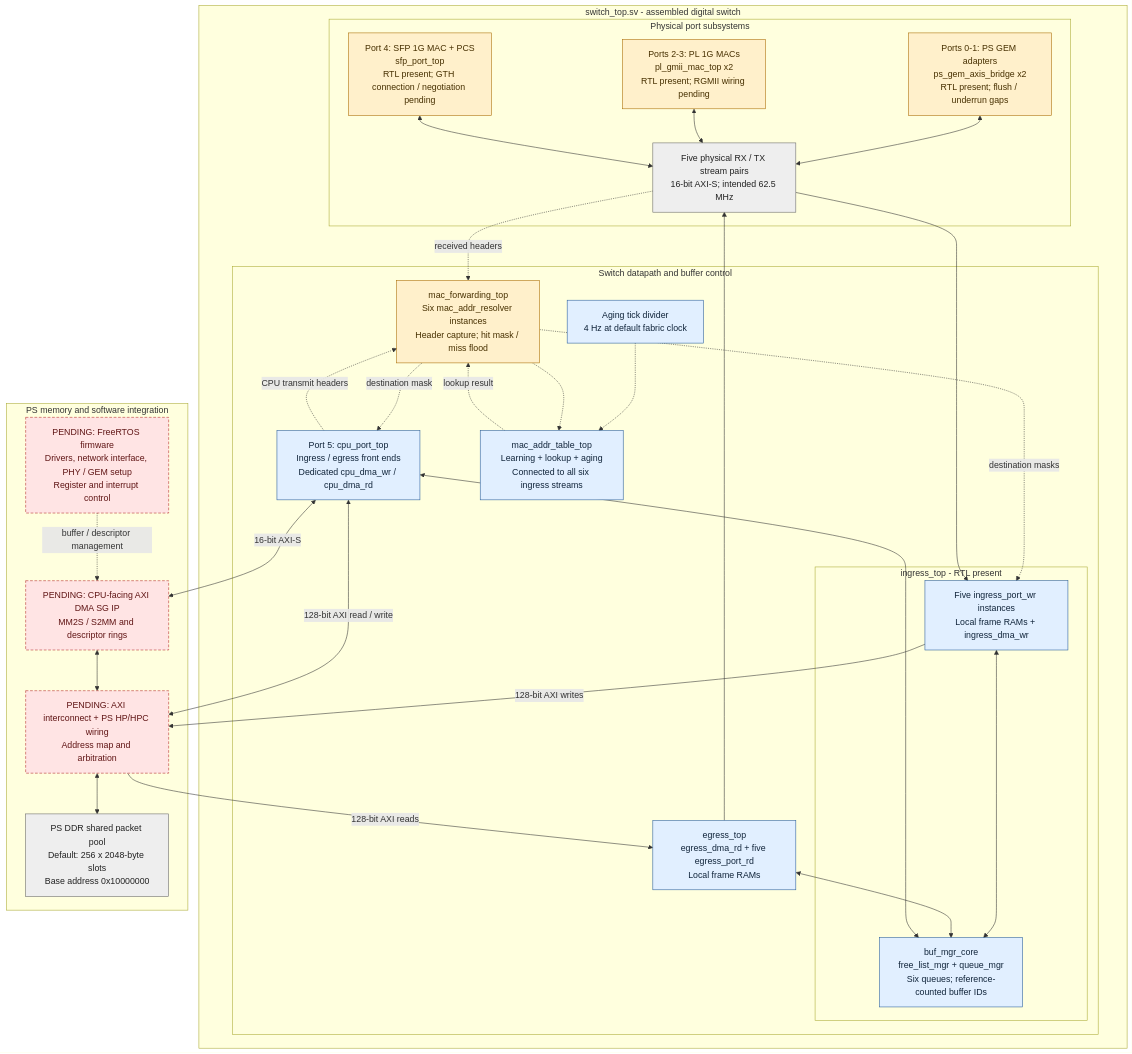
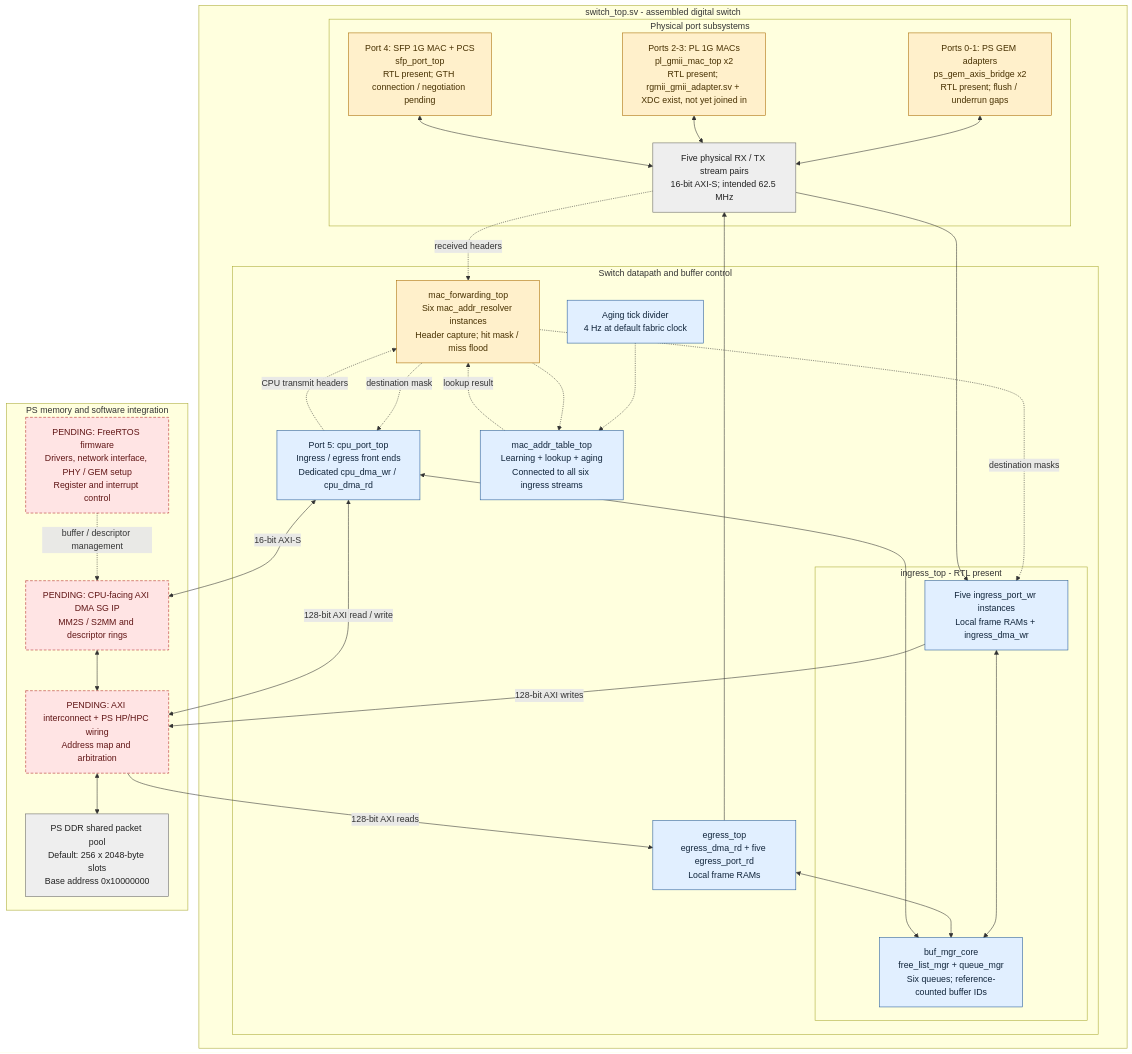
Before and after one commit to GhlHub/open_ethernet_switch: the first of 2 diagrams in docs/architecture.md, drawn with Mermaid. The commit also changed other lines of this file and 15 other files, not shown here.

````diff
--- a/docs/architecture.md
+++ b/docs/architecture.md
@@ -21,63 +21,63 @@
 ```mermaid
 flowchart TB
     subgraph assembled[switch_top.sv - assembled digital switch]
     subgraph ports[Physical port subsystems]
         PS["Ports 0-1: PS GEM adapters<br/>ps_gem_axis_bridge x2<br/>RTL present; flush / underrun gaps"]
-        PL["Ports 2-3: PL 1G MACs<br/>pl_gmii_mac_top x2<br/>RTL present; RGMII wiring pending"]
+        PL["Ports 2-3: PL 1G MACs<br/>pl_gmii_mac_top x2<br/>RTL present; rgmii_gmii_adapter.sv + XDC exist, not yet joined in"]
         SFP["Port 4: SFP 1G MAC + PCS<br/>sfp_port_top<br/>RTL present; GTH connection / negotiation pending"]
         STREAM["Five physical RX / TX stream pairs<br/>16-bit AXI-S; intended 62.5 MHz"]
         PS <--> STREAM
         PL <--> STREAM
         SFP <--> STREAM
     end
 
     subgraph core[Switch datapath and buffer control]
         subgraph ingwrap[ingress_top - RTL present]
             INGRESS["Five ingress_port_wr instances<br/>Local frame RAMs + ingress_dma_wr"]
             BUF["buf_mgr_core<br/>free_list_mgr + queue_mgr<br/>Six queues; reference-counted buffer IDs"]
         end
         EGRESS["egress_top<br/>egress_dma_rd + five egress_port_rd<br/>Local frame RAMs"]
         CPU["Port 5: cpu_port_top<br/>Ingress / egress front ends<br/>Dedicated cpu_dma_wr / cpu_dma_rd"]
         PARSER["mac_forwarding_top<br/>Six mac_addr_resolver instances<br/>Header capture; hit mask / miss flood"]
         TABLE["mac_addr_table_top<br/>Learning + lookup + aging<br/>Connected to all six ingress streams"]
         INGRESS <--> BUF
         EGRESS <--> BUF
         CPU <--> BUF
         AGE["Aging tick divider<br/>4 Hz at default fabric clock"]
         AGE -.-> TABLE
         PARSER -.-> TABLE
         TABLE -. lookup result .-> PARSER
         PARSER -. destination masks .-> INGRESS
         PARSER -. destination mask .-> CPU
     end
 
     STREAM --> INGRESS
     EGRESS --> STREAM
     STREAM -. received headers .-> PARSER
     CPU -. CPU transmit headers .-> PARSER
     end
 
     subgraph platform[PS memory and software integration]
         AXI["PENDING: AXI interconnect + PS HP/HPC wiring<br/>Address map and arbitration"]
         DDR["PS DDR shared packet pool<br/>Default: 256 x 2048-byte slots<br/>Base address 0x10000000"]
         CPUDMA["PENDING: CPU-facing AXI DMA SG IP<br/>MM2S / S2MM and descriptor rings"]
         RTOS["PENDING: FreeRTOS firmware<br/>Drivers, network interface, PHY / GEM setup<br/>Register and interrupt control"]
         AXI <--> DDR
         CPUDMA <--> AXI
         RTOS -. buffer / descriptor management .-> CPUDMA
     end
 
     INGRESS -->|128-bit AXI writes| AXI
     AXI -->|128-bit AXI reads| EGRESS
     CPU <-->|128-bit AXI read / write| AXI
     CPU <-->|16-bit AXI-S| CPUDMA
 
     classDef present fill:#e1efff,stroke:#245a9b,color:#10243a
     classDef partial fill:#fff0cb,stroke:#a96a00,color:#473000
     classDef pending fill:#ffe4e4,stroke:#b52a2a,color:#601515,stroke-dasharray:5 3
     classDef hardware fill:#eeeeee,stroke:#666666,color:#222222
     class INGRESS,BUF,EGRESS,CPU,TABLE,AGE present
     class PS,PL,SFP,PARSER partial
     class AXI,CPUDMA,RTOS pending
     class STREAM,DDR hardware
 ```
````
